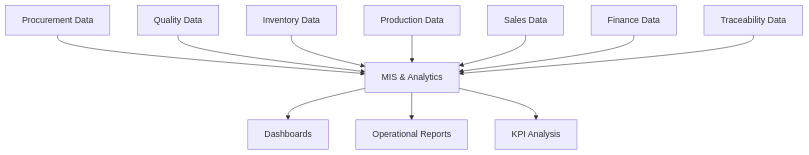
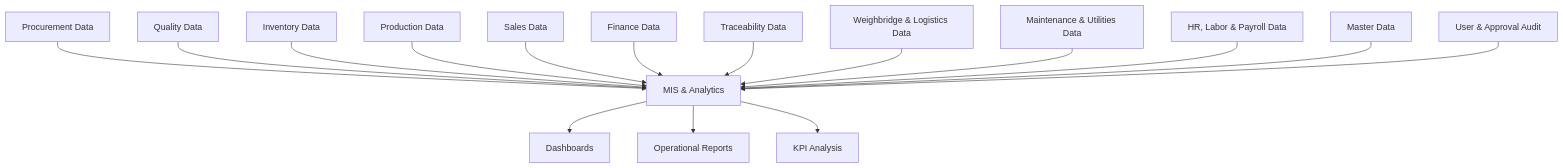
Before and after one commit to habibur-rahman-swe/rice-mill-erp: the diagram in modules/reporting/README.md, drawn with Mermaid. The commit also changed other lines of this file and 11 other files, not shown here.

````diff
--- a/modules/reporting/README.md
+++ b/modules/reporting/README.md
@@ -15,14 +17,19 @@
 ```mermaid
 flowchart TB
     PROC[Procurement Data] --> MIS[MIS & Analytics]
     QC[Quality Data] --> MIS
     INV[Inventory Data] --> MIS
     PROD[Production Data] --> MIS
     SALES[Sales Data] --> MIS
     FIN[Finance Data] --> MIS
     TRACE[Traceability Data] --> MIS
+    LOG[Weighbridge & Logistics Data] --> MIS
+    MAINT[Maintenance & Utilities Data] --> MIS
+    HR[HR, Labor & Payroll Data] --> MIS
+    MDM[Master Data] --> MIS
+    UAM[User & Approval Audit] --> MIS
 
     MIS --> DASH[Dashboards]
     MIS --> RPT[Operational Reports]
     MIS --> KPI[KPI Analysis]
 ```
````
